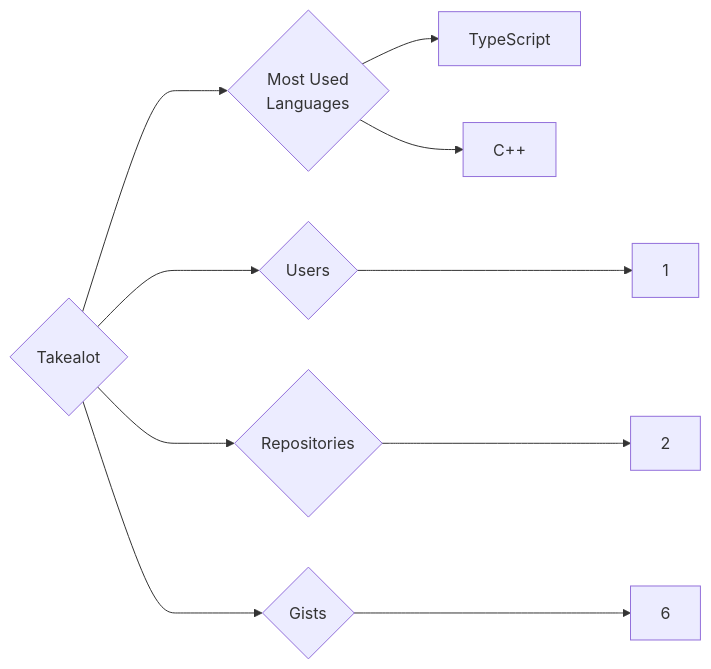
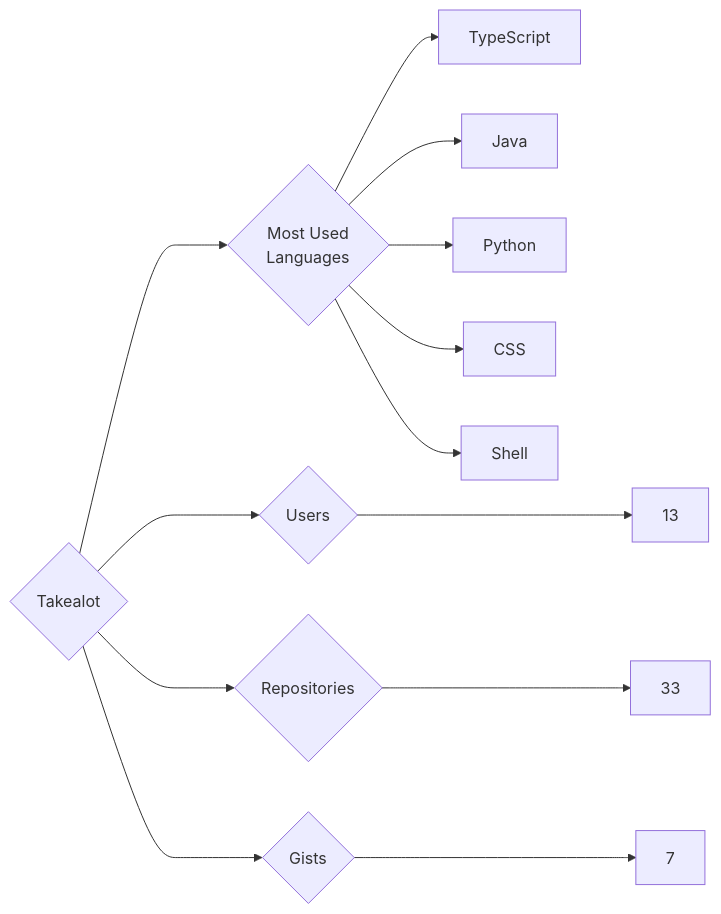
The diagram in targets/Takealot/README.md (trickest/insiders), drawn with Mermaid before and after one commit. The commit also changed 835 other files, not shown here.

````diff
--- a/targets/Takealot/README.md
+++ b/targets/Takealot/README.md
@@ -3,10 +3,13 @@
 ```mermaid
 graph LR
 COMPANY_NAME{Takealot}
-COMPANY_NAME ---> U{Users} ---> UN[1]
-COMPANY_NAME ---> R{Repositories} ---> RN[2]
-COMPANY_NAME ---> G{Gists} ---> GN[6]
+COMPANY_NAME ---> U{Users} ---> UN[13]
+COMPANY_NAME ---> R{Repositories} ---> RN[33]
+COMPANY_NAME ---> G{Gists} ---> GN[7]
 COMPANY_NAME ---> ML{Most Used<br>Languages}
 ML --> TypeScript[TypeScript]
-ML --> C++[C++]
+ML --> Java[Java]
+ML --> Python[Python]
+ML --> CSS[CSS]
+ML --> Shell[Shell]
 ```
````
